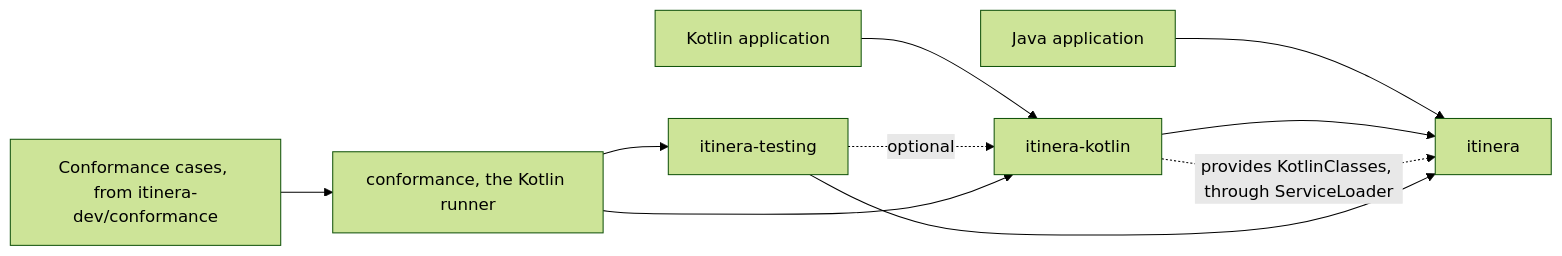
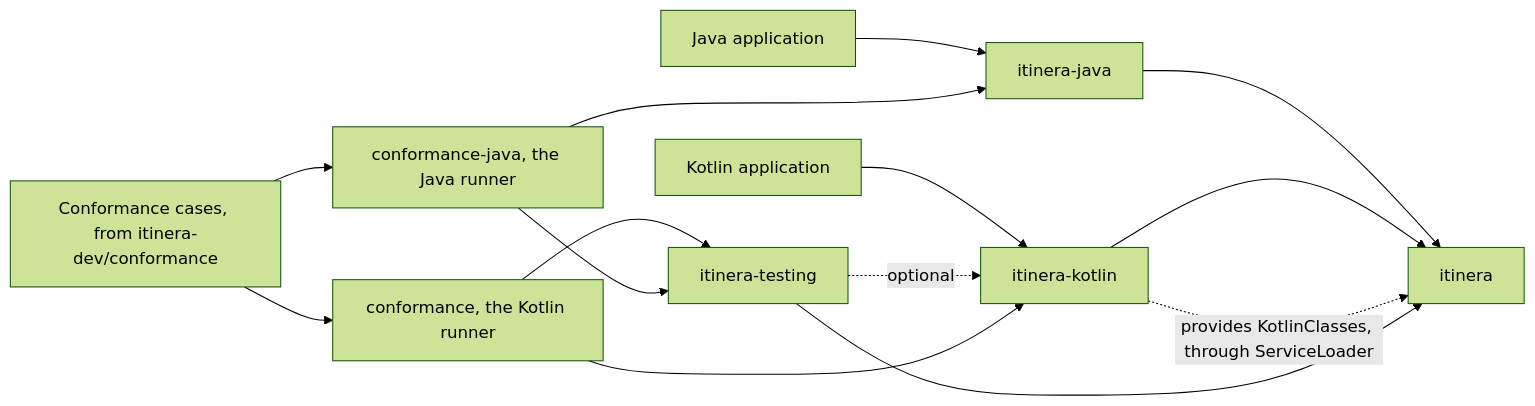
The first of 4 diagrams in docs/architecture.md (itinera-dev/itinera-j), drawn with Mermaid (forest theme) before and after one commit. The commit also changed other lines of this file and 48 other files, not shown here.

````diff
--- a/docs/architecture.md
+++ b/docs/architecture.md
@@ -13,14 +13,18 @@
 ```mermaid
 flowchart LR
     accTitle: The artifacts of itinera-j
-    accDescr: A Java application depends on itinera. A Kotlin application depends on itinera-kotlin, which depends on itinera and provides it the reader of Kotlin classes through ServiceLoader. itinera-testing depends on itinera, and on itinera-kotlin only optionally. The conformance runner depends on itinera, itinera-kotlin and itinera-testing, and reads the conformance cases.
-    java["Java application"] --> core["itinera"]
+    accDescr: A Java application depends on itinera-java, which depends on itinera. A Kotlin application depends on itinera-kotlin, which depends on itinera and provides it the reader of Kotlin classes through ServiceLoader. itinera-testing depends on itinera, and on itinera-kotlin only optionally. The Kotlin conformance runner depends on itinera-kotlin and itinera-testing, the Java conformance runner on itinera-java and itinera-testing, and both read the conformance cases.
+    java["Java application"] --> jv["itinera-java"]
+    jv --> core["itinera"]
     kotlin["Kotlin application"] --> kt["itinera-kotlin"]
     kt --> core
     kt -.->|"provides KotlinClasses, through ServiceLoader"| core
     testing["itinera-testing"] --> core
     testing -.->|"optional"| kt
     runner["conformance, the Kotlin runner"] --> kt
     runner --> testing
+    jrunner["conformance-java, the Java runner"] --> jv
+    jrunner --> testing
     cases["Conformance cases, from itinera-dev/conformance"] --> runner
+    cases --> jrunner
 ```
````
